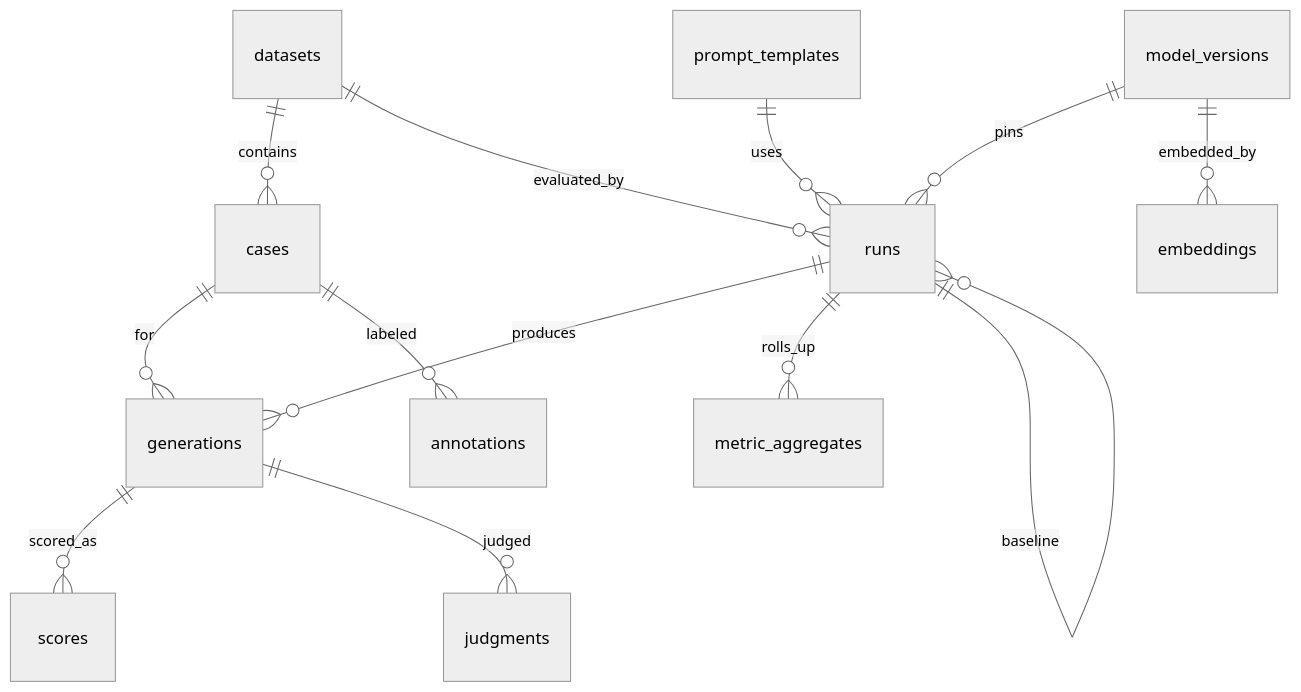
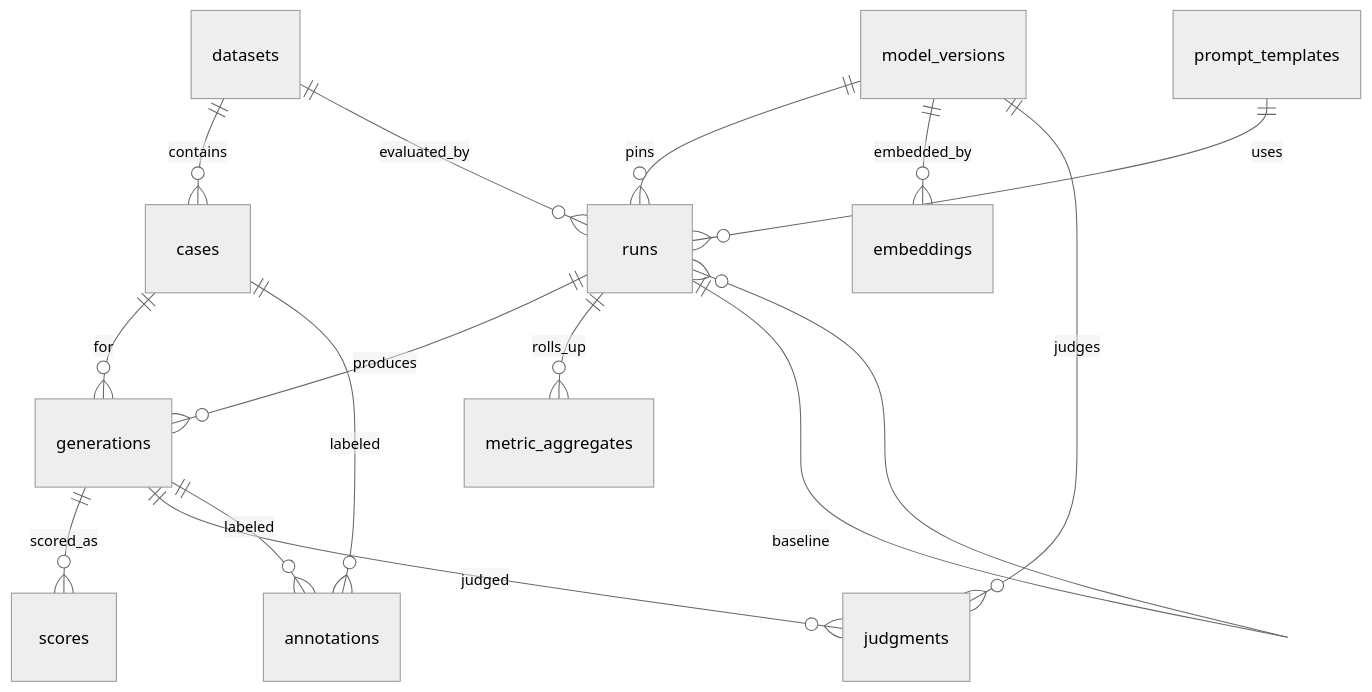
The third of 3 diagrams in docs/guide.md (DimitarAtanassov/evalanche), drawn with Mermaid (neutral theme) before and after one commit. The commit also changed other lines of this file and 2 other files, not shown here.

````diff
--- a/docs/guide.md
+++ b/docs/guide.md
@@ -629,15 +549,17 @@
 ```mermaid
 erDiagram
   datasets ||--o{ cases : contains
   datasets ||--o{ runs : evaluated_by
   prompt_templates ||--o{ runs : uses
   model_versions ||--o{ runs : pins
   runs ||--o{ generations : produces
   cases ||--o{ generations : for
   generations ||--o{ scores : scored_as
   runs ||--o{ metric_aggregates : rolls_up
   runs ||--o{ runs : baseline
   model_versions ||--o{ embeddings : embedded_by
+  model_versions ||--o{ judgments : judges
   generations ||--o{ judgments : judged
   cases ||--o{ annotations : labeled
+  generations ||--o{ annotations : labeled
 ```
````
